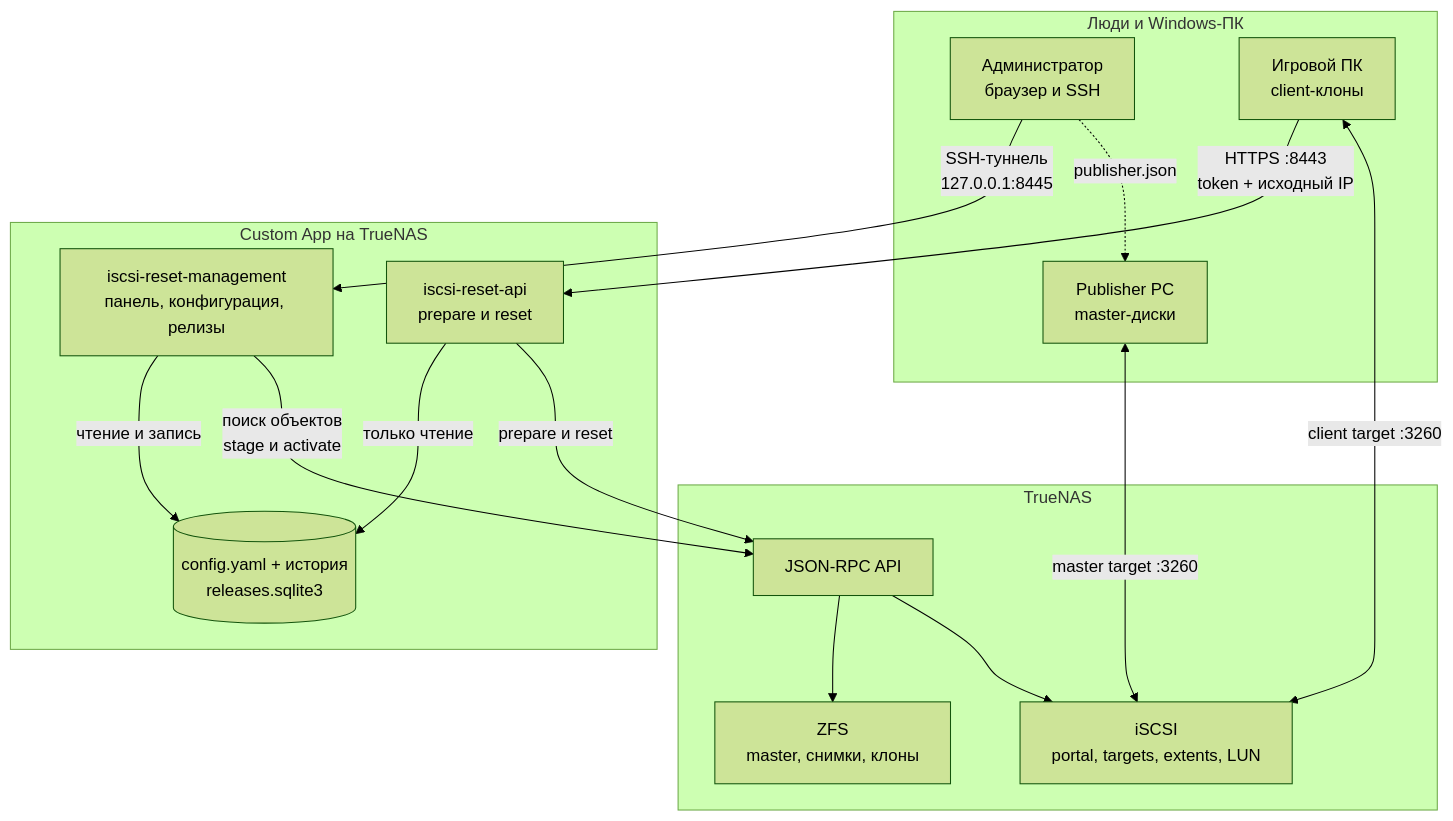
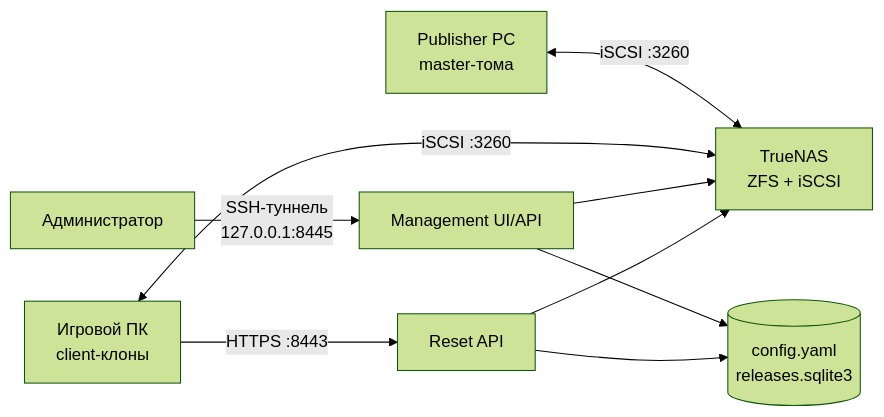
Before and after one commit to Xerz/iscsi-reset-service: the diagram in README.md, drawn with Mermaid (forest theme). The commit also changed other lines of this file and 5 other files, not shown here.

````diff
--- a/README.md
+++ b/README.md
@@ -36,35 +30,11 @@
 ```mermaid
-flowchart TB
-    subgraph pcs["Люди и Windows-ПК"]
-        admin["Администратор<br/>браузер и SSH"]
-        publisher["Publisher PC<br/>master-диски"]
-        client["Игровой ПК<br/>client-клоны"]
-    end
-
-    subgraph app["Custom App на TrueNAS"]
-        management["iscsi-reset-management<br/>панель, конфигурация, релизы"]
-        reset["iscsi-reset-api<br/>prepare и reset"]
-        state[("config.yaml + история<br/>releases.sqlite3")]
-    end
-
-    subgraph storage["TrueNAS"]
-        api["JSON-RPC API"]
-        zfs["ZFS<br/>master, снимки, клоны"]
-        iscsi["iSCSI<br/>portal, targets, extents, LUN"]
-    end
-
-    admin -->|"SSH-туннель<br/>127.0.0.1:8445"| management
-    admin -.->|"publisher.json"| publisher
-
-    management -->|"чтение и запись"| state
-    reset -->|"только чтение"| state
-
-    management -->|"поиск объектов<br/>stage и activate"| api
-    reset -->|"prepare и reset"| api
-    api --> zfs
-    api --> iscsi
-
-    publisher <-->|"master target :3260"| iscsi
-    client -->|"HTTPS :8443<br/>token + исходный IP"| reset
-    client <-->|"client target :3260"| iscsi
+flowchart LR
+    admin["Администратор"] -->|"SSH-туннель<br>127.0.0.1:8445"| management["Management UI/API"]
+    publisher["Publisher PC<br>master-тома"] <-->|"iSCSI :3260"| truenas["TrueNAS<br>ZFS + iSCSI"]
+    client["Игровой ПК<br>client-клоны"] <-->|"iSCSI :3260"| truenas
+    client -->|"HTTPS :8443"| reset["Reset API"]
+    management --> truenas
+    reset --> truenas
+    management --> state[("config.yaml<br>releases.sqlite3")]
+    reset --> state
 ```
````
